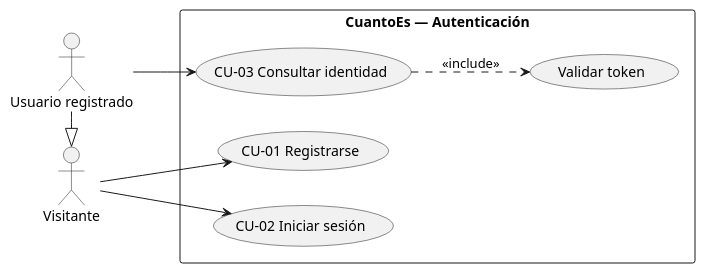
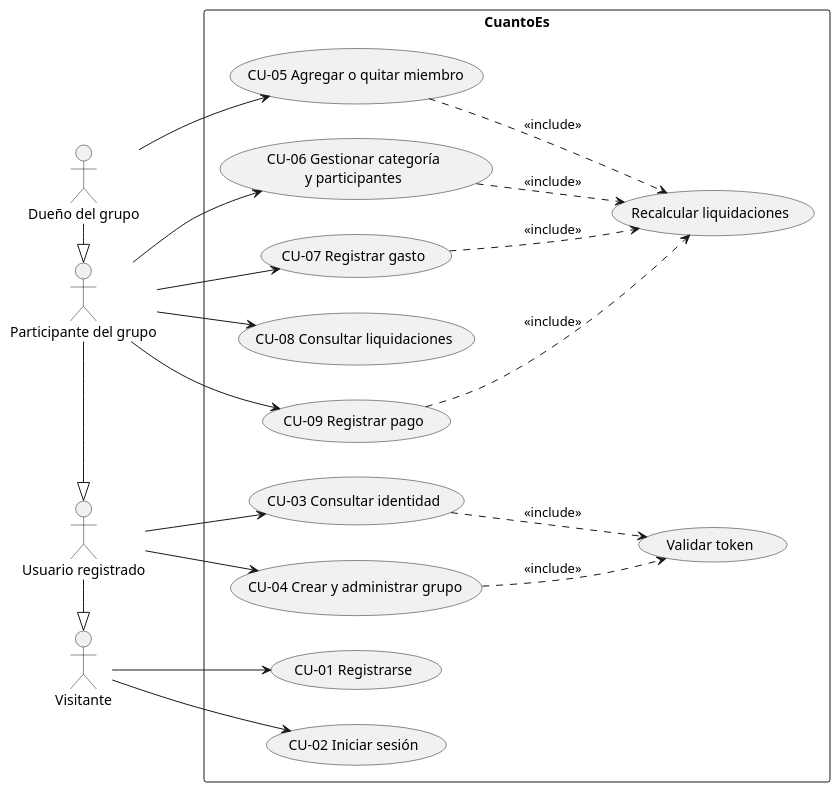
Before and after one commit to Matimrs/cuanto-es: the diagram in docs/entregables/casos-de-uso.md, drawn with PlantUML. The commit also changed other lines of this file and 56 other files, not shown here.

````diff
--- a/docs/entregables/casos-de-uso.md
+++ b/docs/entregables/casos-de-uso.md
@@ -9,22 +13,46 @@
 ```plantuml
 @startuml
 left to right direction
 skinparam packageStyle rectangle
 
 actor "Visitante" as Visitante
 actor "Usuario registrado" as Usuario
+actor "Participante del grupo" as Participante
+actor "Dueño del grupo" as Duenio
 Usuario -|> Visitante
+Participante -|> Usuario
+Duenio -|> Participante
 
-rectangle "CuantoEs — Autenticación" {
+rectangle "CuantoEs" {
   usecase "CU-01 Registrarse" as CU01
   usecase "CU-02 Iniciar sesión" as CU02
   usecase "CU-03 Consultar identidad" as CU03
   usecase "Validar token" as VT
+
+  usecase "CU-04 Crear y administrar grupo" as CU04
+  usecase "CU-05 Agregar o quitar miembro" as CU05
+  usecase "CU-06 Gestionar categoría\ny participantes" as CU06
+  usecase "CU-07 Registrar gasto" as CU07
+  usecase "CU-08 Consultar liquidaciones" as CU08
+  usecase "CU-09 Registrar pago" as CU09
+  usecase "Recalcular liquidaciones" as RL
 }
 
 Visitante --> CU01
 Visitante --> CU02
 Usuario --> CU03
+Usuario --> CU04
+Duenio --> CU05
+Participante --> CU06
+Participante --> CU07
+Participante --> CU08
+Participante --> CU09
+
 CU03 ..> VT : <<include>>
+CU04 ..> VT : <<include>>
+CU05 ..> RL : <<include>>
+CU06 ..> RL : <<include>>
+CU07 ..> RL : <<include>>
+CU09 ..> RL : <<include>>
 @enduml
 ```
````
